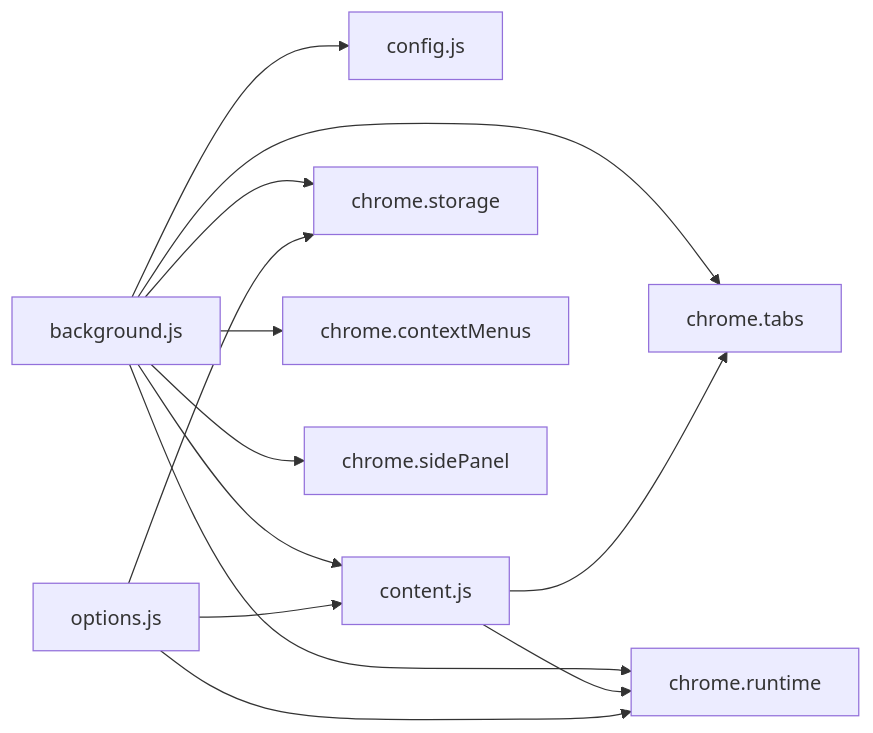
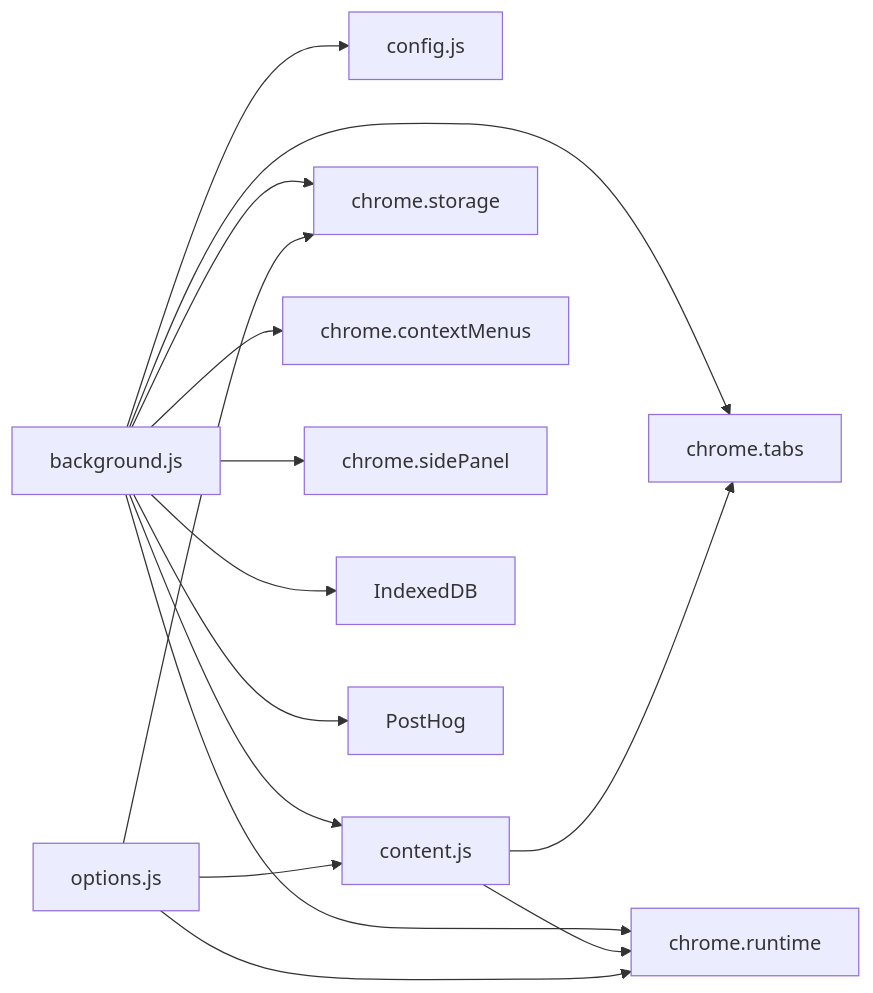
One commit to binasi/Img2Prompt changed the fifth of 5 diagrams in .qoder/repowiki/zh/content/技术架构/核心模块分析/后台服务模块 (background.js).md. Above: the diagram before and after it, drawn with Mermaid. The commit also changed other lines of this file and 9 other files, not shown here.

````diff
--- a/.qoder/repowiki/zh/content/技术架构/核心模块分析/后台服务模块 (background.js).md
+++ b/.qoder/repowiki/zh/content/技术架构/核心模块分析/后台服务模块 (background.js).md
@@ -319,15 +376,17 @@
 ```mermaid
 graph LR
 BG["background.js"] --> CFG["config.js"]
 BG --> CS["content.js"]
 BG --> RT["chrome.runtime"]
 BG --> ST["chrome.storage"]
 BG --> TAB["chrome.tabs"]
 BG --> CM["chrome.contextMenus"]
 BG --> SP["chrome.sidePanel"]
+BG --> IDB["IndexedDB"]
+BG --> PH["PostHog"]
 CS --> RT
 CS --> TAB
 OPT["options.js"] --> ST
 OPT --> RT
 OPT --> CS
 ```
````
